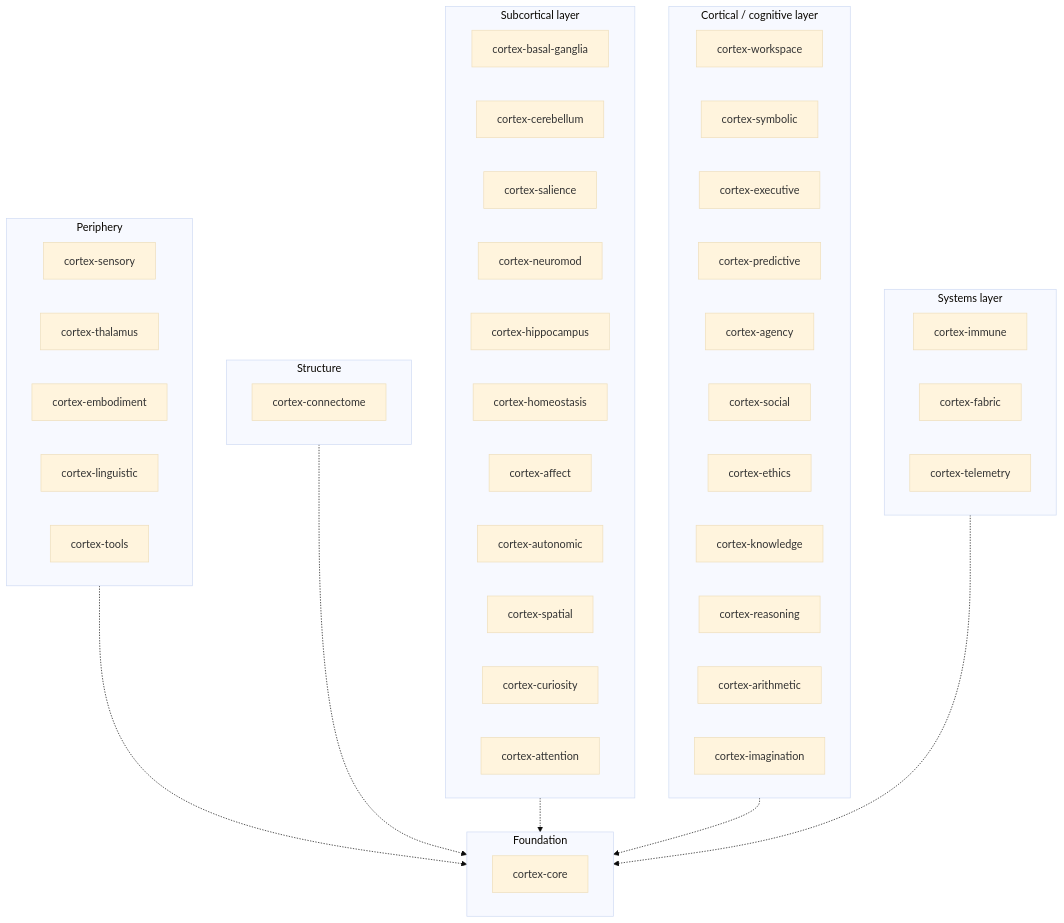
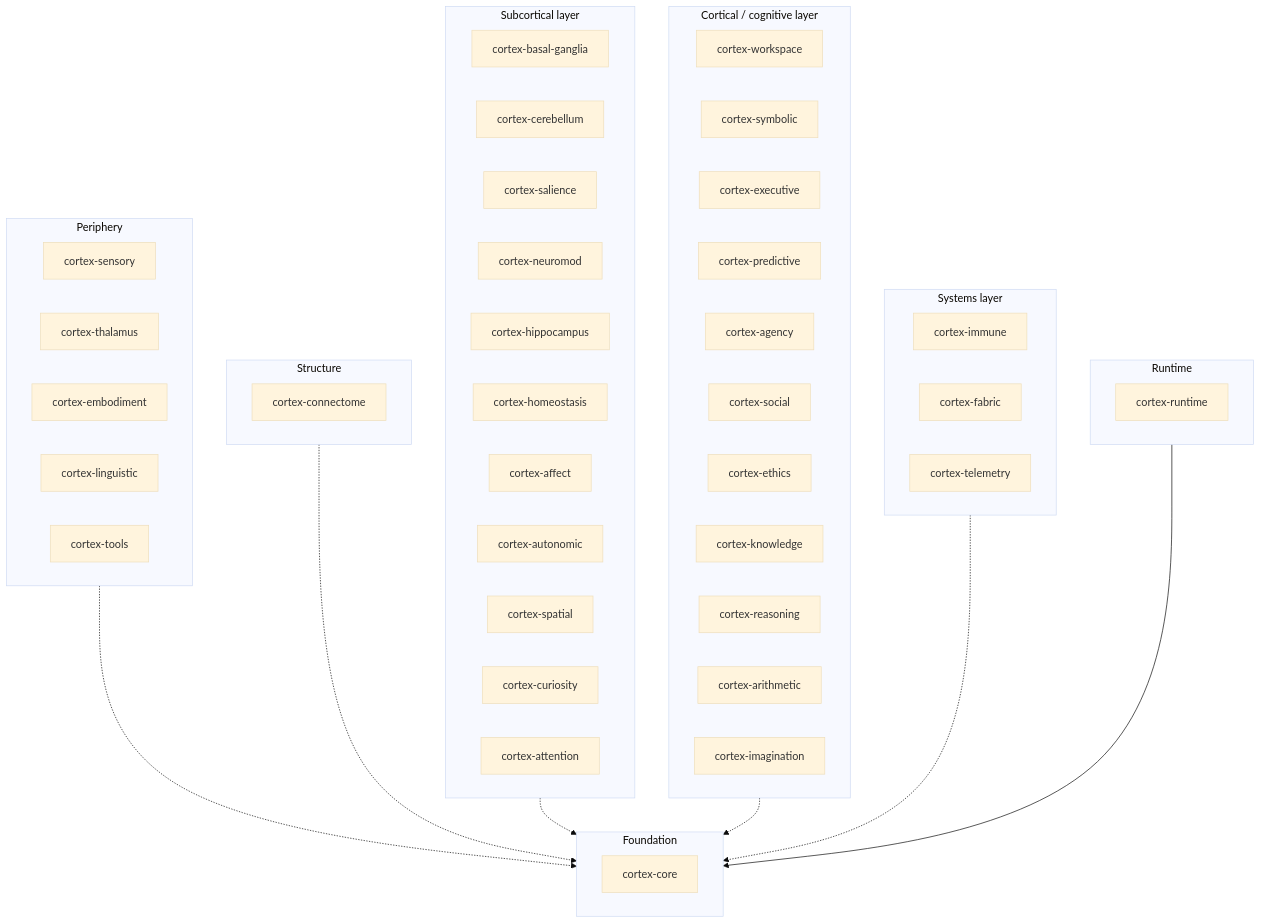
One commit to DescentVTT/VirtualCortex changed the second of 2 diagrams in docs/WHITEPAPER.md. Above: the diagram before and after it, drawn with Mermaid (base theme). The commit also changed other lines of this file and 22 other files, not shown here.

````diff
--- a/docs/WHITEPAPER.md
+++ b/docs/WHITEPAPER.md
@@ -377,52 +377,56 @@
 ```mermaid
 flowchart TB
     subgraph systems [Systems layer]
         immune[cortex-immune]
         fabric[cortex-fabric]
         telemetry[cortex-telemetry]
     end
     subgraph cognitive [Cortical / cognitive layer]
         workspace[cortex-workspace]
         symbolic[cortex-symbolic]
         executive[cortex-executive]
         predictive[cortex-predictive]
         agency[cortex-agency]
         social[cortex-social]
         ethics[cortex-ethics]
         knowledge[cortex-knowledge]
         reasoning[cortex-reasoning]
         arithmetic[cortex-arithmetic]
         imagination[cortex-imagination]
     end
     subgraph subcortical [Subcortical layer]
         bg[cortex-basal-ganglia]
         cb[cortex-cerebellum]
         sal[cortex-salience]
         nm[cortex-neuromod]
         hc[cortex-hippocampus]
         hs[cortex-homeostasis]
         affect[cortex-affect]
         autonomic[cortex-autonomic]
         spatial[cortex-spatial]
         curiosity[cortex-curiosity]
         attention[cortex-attention]
     end
     subgraph periphery [Periphery]
         sensory[cortex-sensory]
         thalamus[cortex-thalamus]
         embodiment[cortex-embodiment]
         linguistic[cortex-linguistic]
         tools[cortex-tools]
     end
     subgraph structure [Structure]
         connectome[cortex-connectome]
     end
     subgraph foundation [Foundation]
         core[cortex-core]
     end
     periphery -.-> foundation
     structure -.-> foundation
     subcortical -.-> foundation
     cognitive -.-> foundation
     systems -.-> foundation
+    subgraph run [Runtime]
+        runtime[cortex-runtime]
+    end
+    run --> foundation
 ```
````
